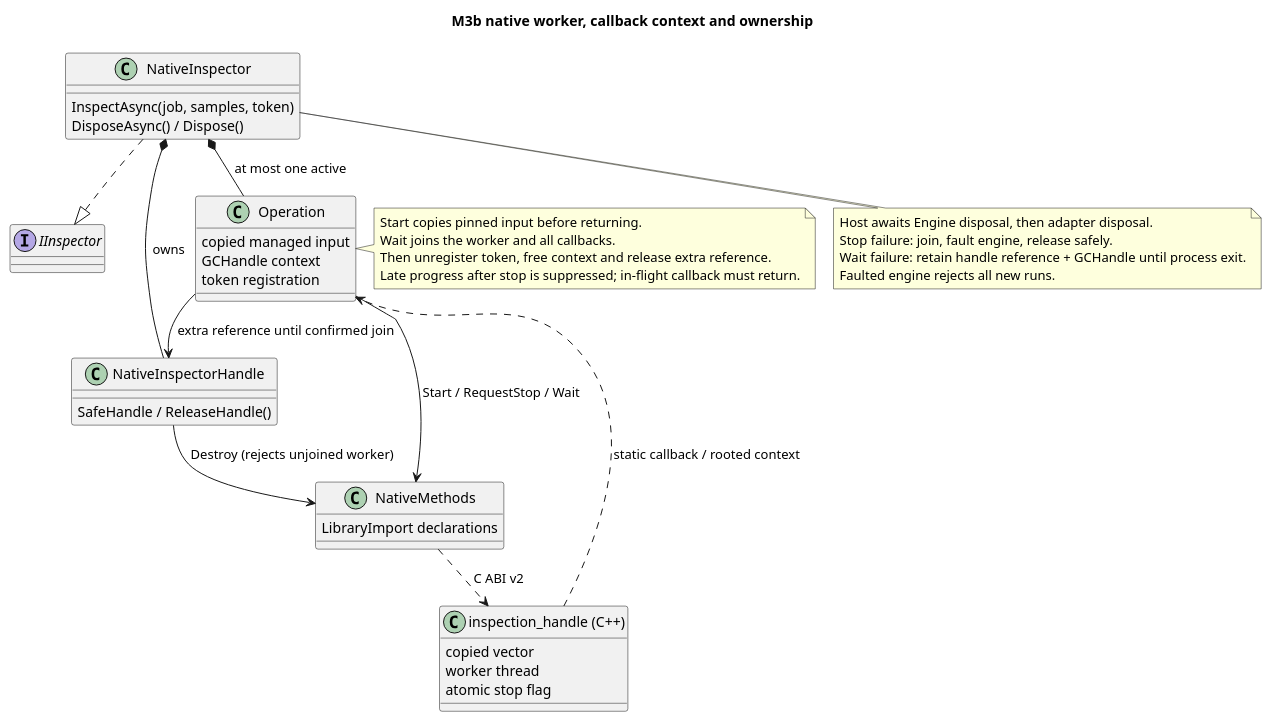
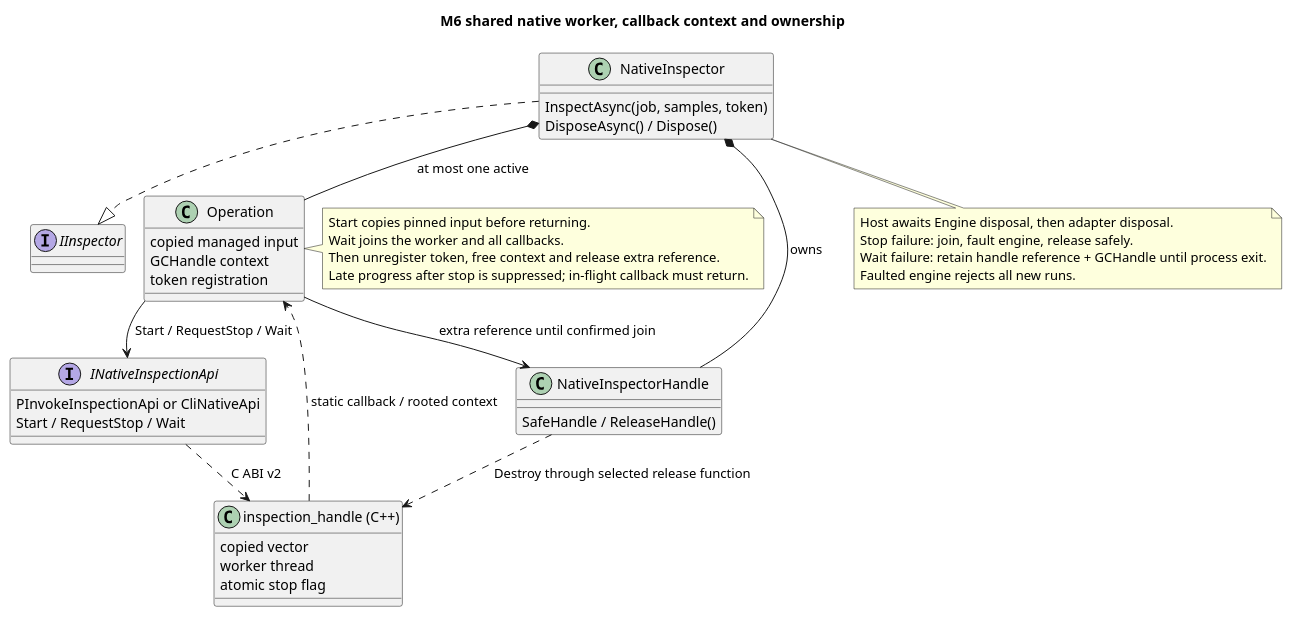
Before and after one commit to Myoungmin/CSharp-InspectionCore-Lab: the diagram in docs/diagrams/native-interop.puml, drawn with PlantUML. The commit also changed 53 other files, not shown here.

First line of the commit message:
feat: add C++/CLI inspector comparison

```diff
--- a/docs/diagrams/native-interop.puml
+++ b/docs/diagrams/native-interop.puml
@@ -1,45 +1,46 @@
 @startuml native-interop
 !pragma layout smetana
-title M3b native worker, callback context and ownership
+title M6 shared native worker, callback context and ownership
 interface IInspector
 class NativeInspector {
   InspectAsync(job, samples, token)
   DisposeAsync() / Dispose()
 }
 class Operation {
   copied managed input
   GCHandle context
   token registration
 }
 class NativeInspectorHandle {
   SafeHandle / ReleaseHandle()
 }
-class NativeMethods {
-  LibraryImport declarations
+interface INativeInspectionApi {
+  PInvokeInspectionApi or CliNativeApi
+  Start / RequestStop / Wait
 }
 class "inspection_handle (C++)" as NativeObject {
   copied vector
   worker thread
   atomic stop flag
 }
 NativeInspector ..|> IInspector
 NativeInspector *-- NativeInspectorHandle : owns
 NativeInspector *-- Operation : at most one active
-Operation --> NativeMethods : Start / RequestStop / Wait
+Operation --> INativeInspectionApi : Start / RequestStop / Wait
 Operation --> NativeInspectorHandle : extra reference until confirmed join
-NativeInspectorHandle --> NativeMethods : Destroy (rejects unjoined worker)
-NativeMethods ..> NativeObject : C ABI v2
+NativeInspectorHandle ..> NativeObject : Destroy through selected release function
+INativeInspectionApi ..> NativeObject : C ABI v2
 NativeObject ..> Operation : static callback / rooted context
 note right of Operation
 Start copies pinned input before returning.
 Wait joins the worker and all callbacks.
 Then unregister token, free context and release extra reference.
 Late progress after stop is suppressed; in-flight callback must return.
 end note
 note bottom of NativeInspector
 Host awaits Engine disposal, then adapter disposal.
 Stop failure: join, fault engine, release safely.
 Wait failure: retain handle reference + GCHandle until process exit.
 Faulted engine rejects all new runs.
 end note
 @enduml
```
